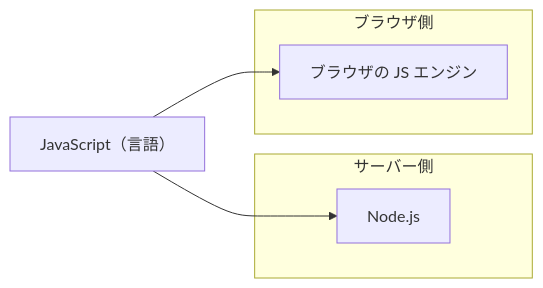
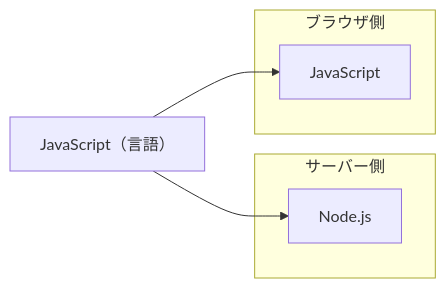
Before and after one commit to ozaki25/web-front-training-ozaki25: the first of 3 diagrams in docs/drafts/069/index.md, drawn with Mermaid. The commit also changed other lines of this file, not shown here.

````diff
--- a/docs/drafts/069/index.md
+++ b/docs/drafts/069/index.md
@@ -13,11 +13,11 @@
 ```mermaid
 flowchart LR
   subgraph server["サーバー側"]
     N["Node.js"]
   end
   subgraph client["ブラウザ側"]
-    B["ブラウザの JS エンジン"]
+    B["JavaScript"]
   end
   JS["JavaScript（言語）"] --> N
   JS --> B
 ```
````
